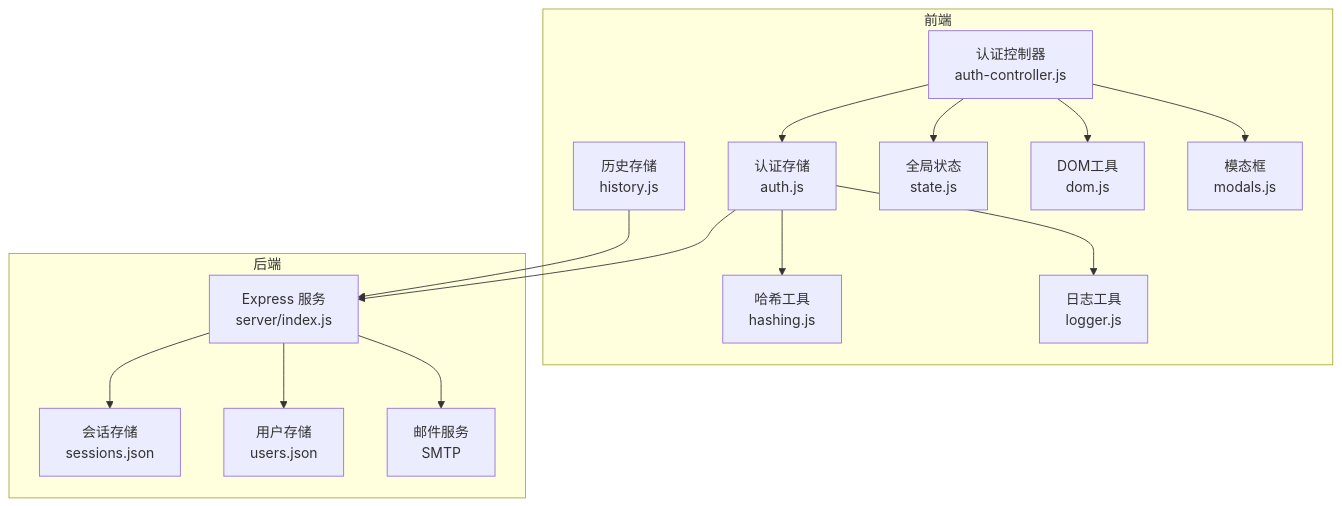
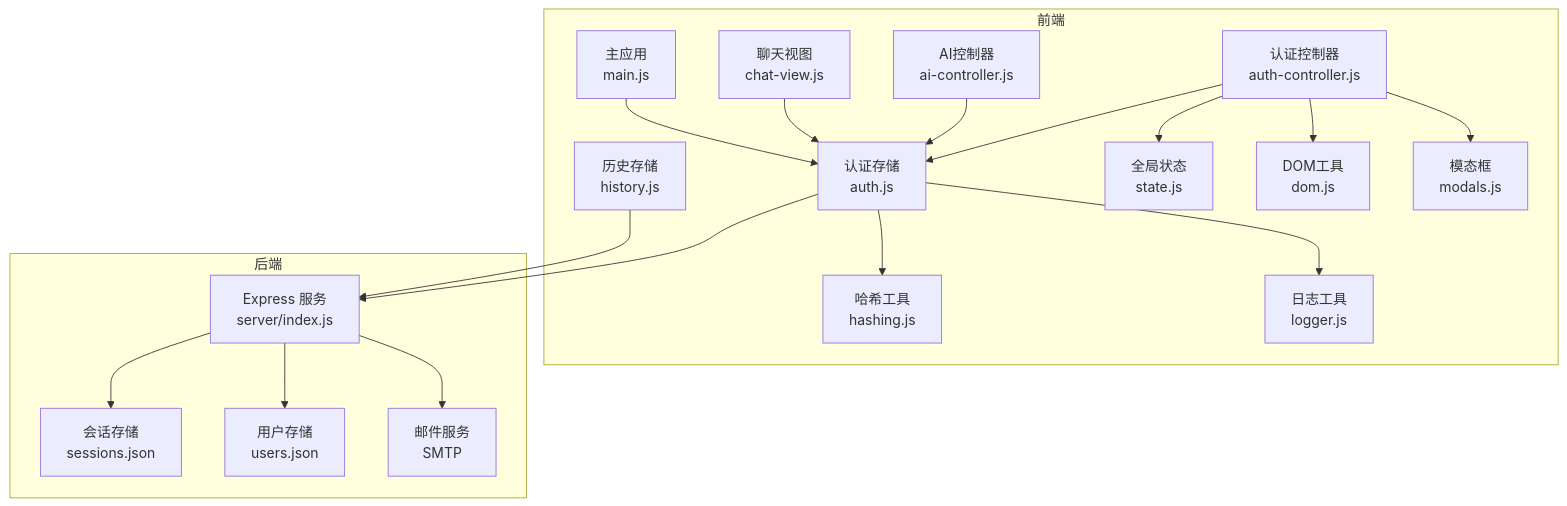
One commit to ghg618-ui/meihuayili-3.8 changed the first of 4 diagrams in .qoder/repowiki/zh/content/核心模块/认证系统.md. Above: the diagram before and after it, drawn with Mermaid. The commit also changed other lines of this file and 6 other files, not shown here.

````diff
--- a/.qoder/repowiki/zh/content/核心模块/认证系统.md
+++ b/.qoder/repowiki/zh/content/核心模块/认证系统.md
@@ -43,30 +58,36 @@
 ```mermaid
 graph TB
 subgraph "前端"
 AC["认证控制器<br/>auth-controller.js"]
 AS["认证存储<br/>auth.js"]
 HS["历史存储<br/>history.js"]
 ST["全局状态<br/>state.js"]
 HM["哈希工具<br/>hashing.js"]
 LG["日志工具<br/>logger.js"]
 DM["DOM工具<br/>dom.js"]
 MD["模态框<br/>modals.js"]
+AIC["AI控制器<br/>ai-controller.js"]
+CV["聊天视图<br/>chat-view.js"]
+MAIN["主应用<br/>main.js"]
 end
 subgraph "后端"
 SV["Express 服务<br/>server/index.js"]
 SESS["会话存储<br/>sessions.json"]
 USERS["用户存储<br/>users.json"]
 MAIL["邮件服务<br/>SMTP"]
 end
 AC --> AS
 AS --> SV
 HS --> SV
 AC --> ST
 AC --> DM
 AC --> MD
 AS --> HM
 AS --> LG
 SV --> SESS
 SV --> USERS
 SV --> MAIL
+AIC --> AS
+CV --> AS
+MAIN --> AS
 ```
````
